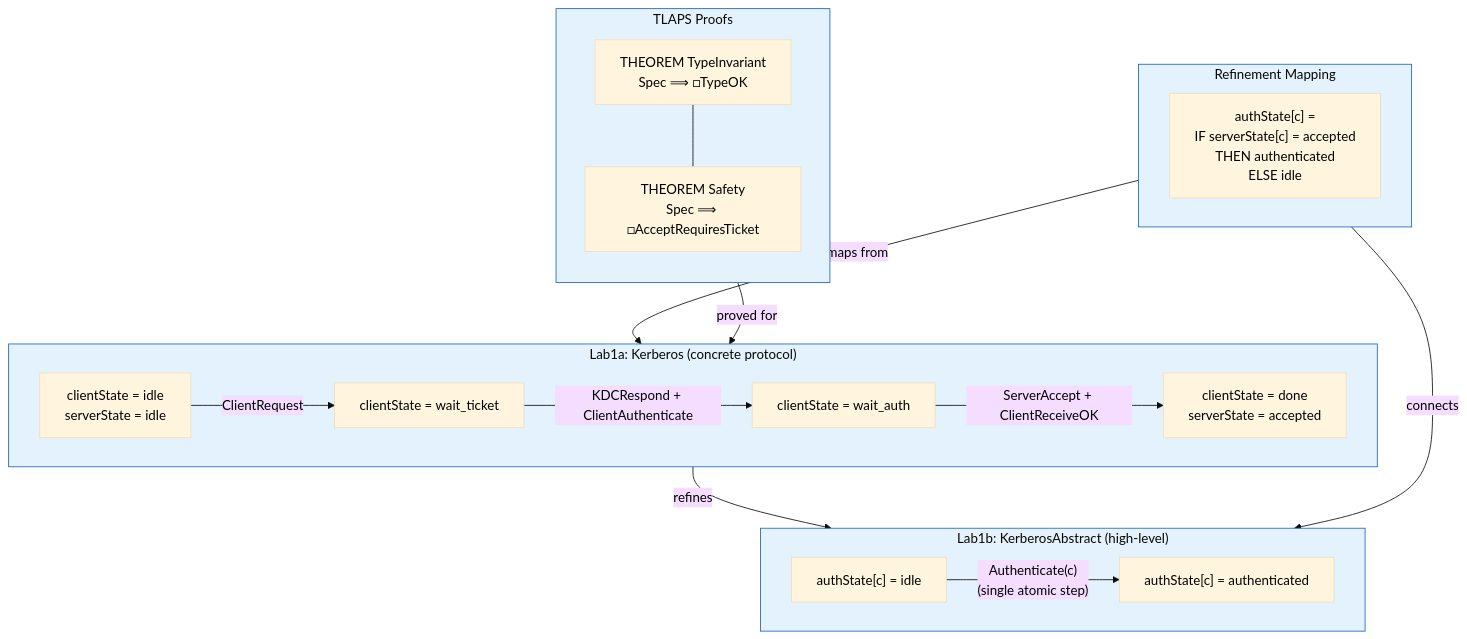
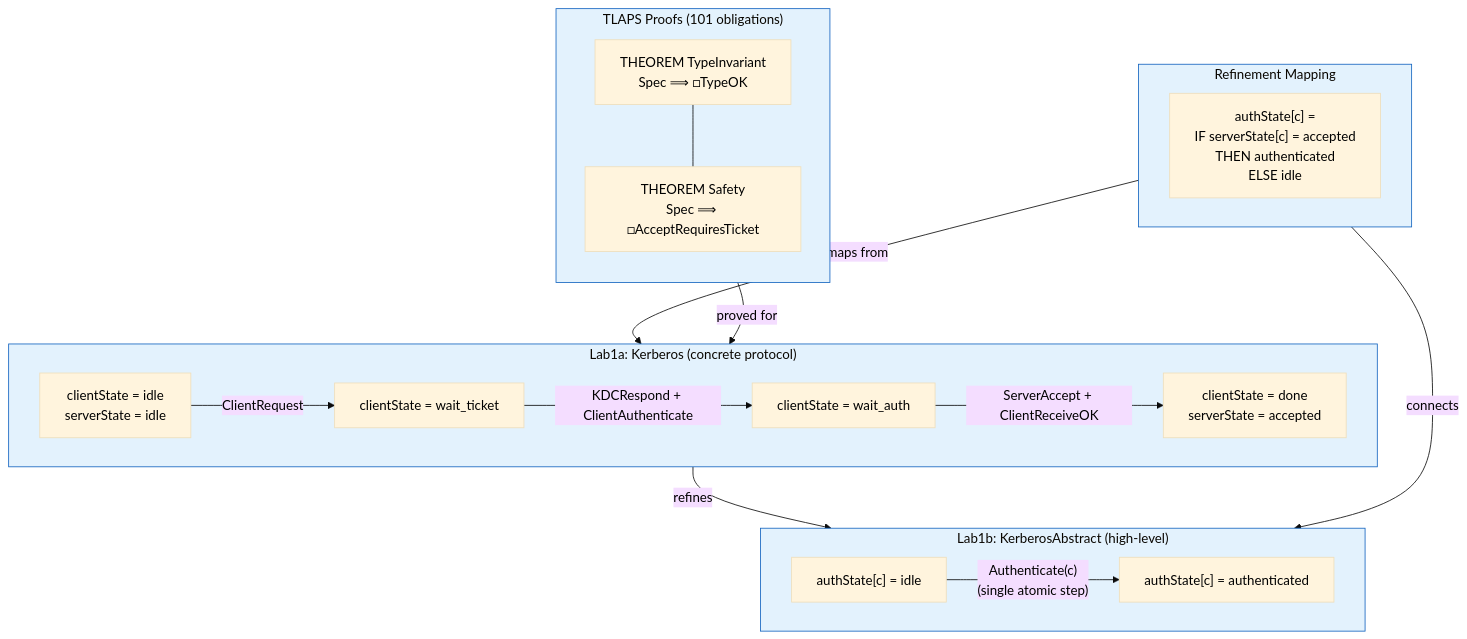
Before and after one commit to AntonGames/SEMM-lab1: the diagram in Lab1b/README.md, drawn with Mermaid. The commit also changed other lines of this file, not shown here.

Commit message:
Update Lab1b README: 3 clients, 101 obligations, local defs, running instructions

````diff
--- a/Lab1b/README.md
+++ b/Lab1b/README.md
@@ -20,32 +20,32 @@
 ```mermaid
 %%{init: {'theme': 'base', 'themeVariables': {'primaryTextColor': '#000000', 'nodeTextColor': '#000000', 'clusterBkg': '#e3f2fd', 'clusterBorder': '#1565c0'}}}%%
 flowchart TB
     subgraph Abstract["Lab1b: KerberosAbstract (high-level)"]
         direction LR
         A_idle["authState[c] = idle"] -->|"Authenticate(c)<br/>(single atomic step)"| A_auth["authState[c] = authenticated"]
     end
 
     subgraph Concrete["Lab1a: Kerberos (concrete protocol)"]
         direction LR
         C_idle["clientState = idle<br/>serverState = idle"] -->|"ClientRequest"| C_wait["clientState = wait_ticket"]
         C_wait -->|"KDCRespond + ClientAuthenticate"| C_auth["clientState = wait_auth"]
         C_auth -->|"ServerAccept + ClientReceiveOK"| C_done["clientState = done<br/>serverState = accepted"]
     end
 
     subgraph Mapping["Refinement Mapping"]
         direction LR
         M["authState[c] =<br/>IF serverState[c] = accepted<br/>THEN authenticated<br/>ELSE idle"]
     end
 
-    subgraph Proofs["TLAPS Proofs"]
+    subgraph Proofs["TLAPS Proofs (101 obligations)"]
         direction TB
         P1["THEOREM TypeInvariant<br/>Spec ⟹ □TypeOK"]
         P2["THEOREM Safety<br/>Spec ⟹ □AcceptRequiresTicket"]
         P1 --- P2
     end
 
     Concrete -->|"refines"| Abstract
     Mapping -->|"connects"| Abstract
     Mapping -->|"maps from"| Concrete
     Proofs -->|"proved for"| Concrete
 ```
````
